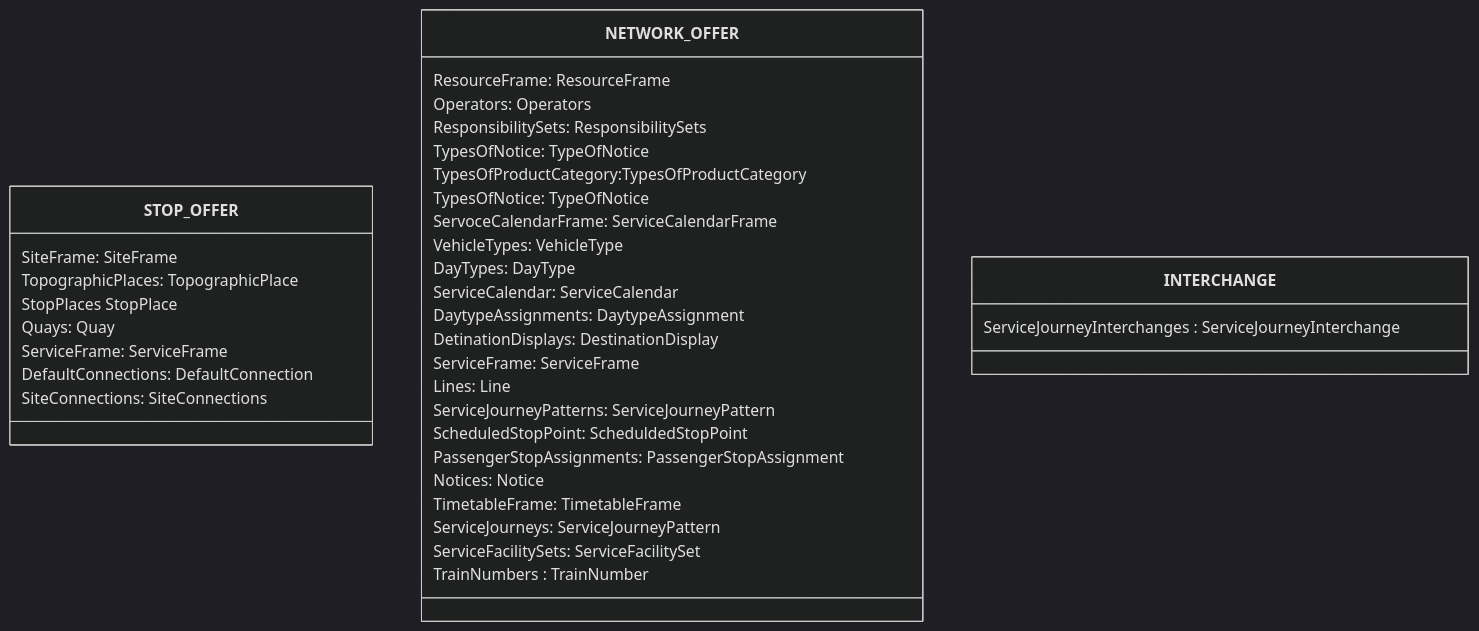
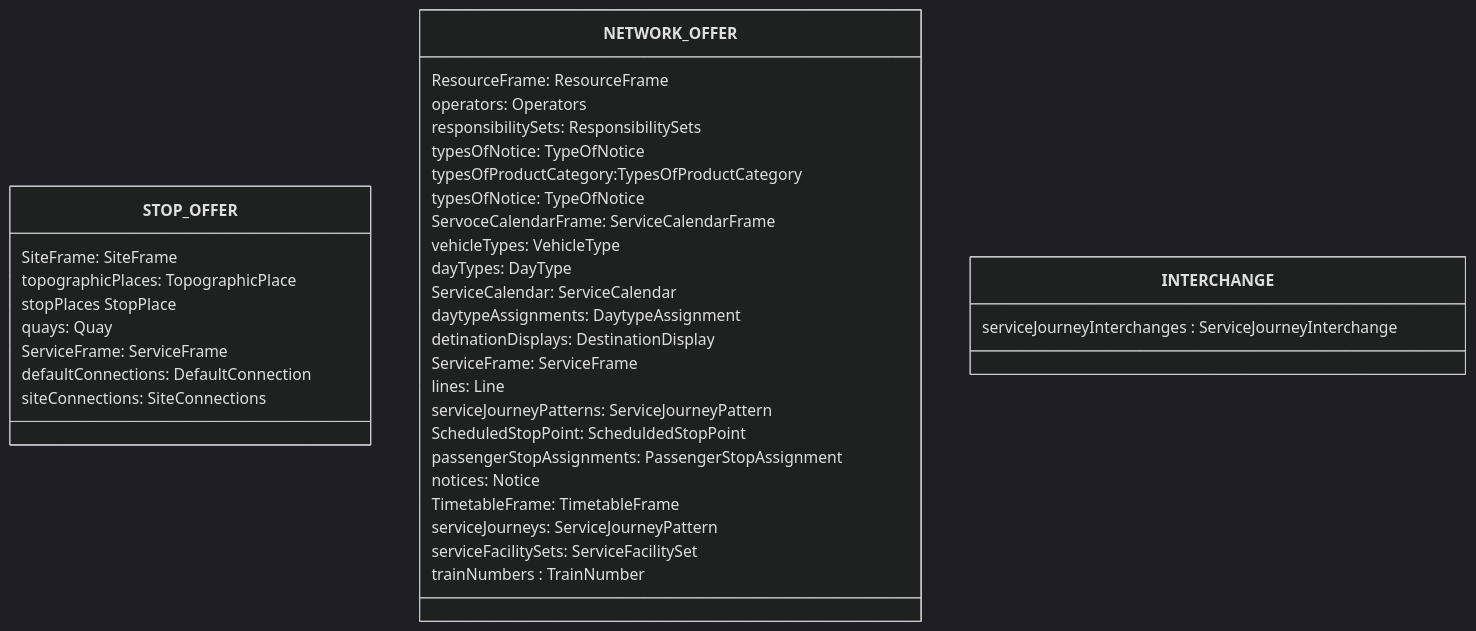
One commit to openTdataCH/netexRealisationGuideSwitzerland changed the diagram in src/04_files.md. Above: the diagram before and after it, drawn with Mermaid (dark theme). The commit also changed other lines of this file, not shown here.

````diff
--- a/src/04_files.md
+++ b/src/04_files.md
@@ -20,40 +20,40 @@
 ```mermaid
 classDiagram
 class STOP_OFFER{
     SiteFrame: SiteFrame
-    TopographicPlaces: TopographicPlace
-    StopPlaces StopPlace
-    Quays: Quay
+    topographicPlaces: TopographicPlace
+    stopPlaces StopPlace
+    quays: Quay
     ServiceFrame: ServiceFrame
-    DefaultConnections: DefaultConnection
-    SiteConnections: SiteConnections
+    defaultConnections: DefaultConnection
+    siteConnections: SiteConnections
 } 
 
 class NETWORK_OFFER{
     ResourceFrame: ResourceFrame
-    Operators: Operators
-    ResponsibilitySets: ResponsibilitySets
-    TypesOfNotice: TypeOfNotice
-    TypesOfProductCategory:TypesOfProductCategory
-    TypesOfNotice: TypeOfNotice
+    operators: Operators
+    responsibilitySets: ResponsibilitySets
+    typesOfNotice: TypeOfNotice
+    typesOfProductCategory:TypesOfProductCategory
+    typesOfNotice: TypeOfNotice
     ServoceCalendarFrame: ServiceCalendarFrame
-    VehicleTypes: VehicleType
-    DayTypes: DayType 
+    vehicleTypes: VehicleType
+    dayTypes: DayType 
     ServiceCalendar: ServiceCalendar
-    DaytypeAssignments: DaytypeAssignment
-    DetinationDisplays: DestinationDisplay
+    daytypeAssignments: DaytypeAssignment
+    detinationDisplays: DestinationDisplay
     ServiceFrame: ServiceFrame
-    Lines: Line
-    ServiceJourneyPatterns: ServiceJourneyPattern
+    lines: Line
+    serviceJourneyPatterns: ServiceJourneyPattern
     ScheduledStopPoint: ScheduldedStopPoint
-    PassengerStopAssignments: PassengerStopAssignment
-    Notices: Notice
+    passengerStopAssignments: PassengerStopAssignment
+    notices: Notice
     TimetableFrame: TimetableFrame
-    ServiceJourneys: ServiceJourneyPattern
-    ServiceFacilitySets: ServiceFacilitySet
-    TrainNumbers : TrainNumber
+    serviceJourneys: ServiceJourneyPattern
+    serviceFacilitySets: ServiceFacilitySet
+    trainNumbers : TrainNumber
 }
 class INTERCHANGE {
-    ServiceJourneyInterchanges : ServiceJourneyInterchange
+    serviceJourneyInterchanges : ServiceJourneyInterchange
 }
 ```
````
